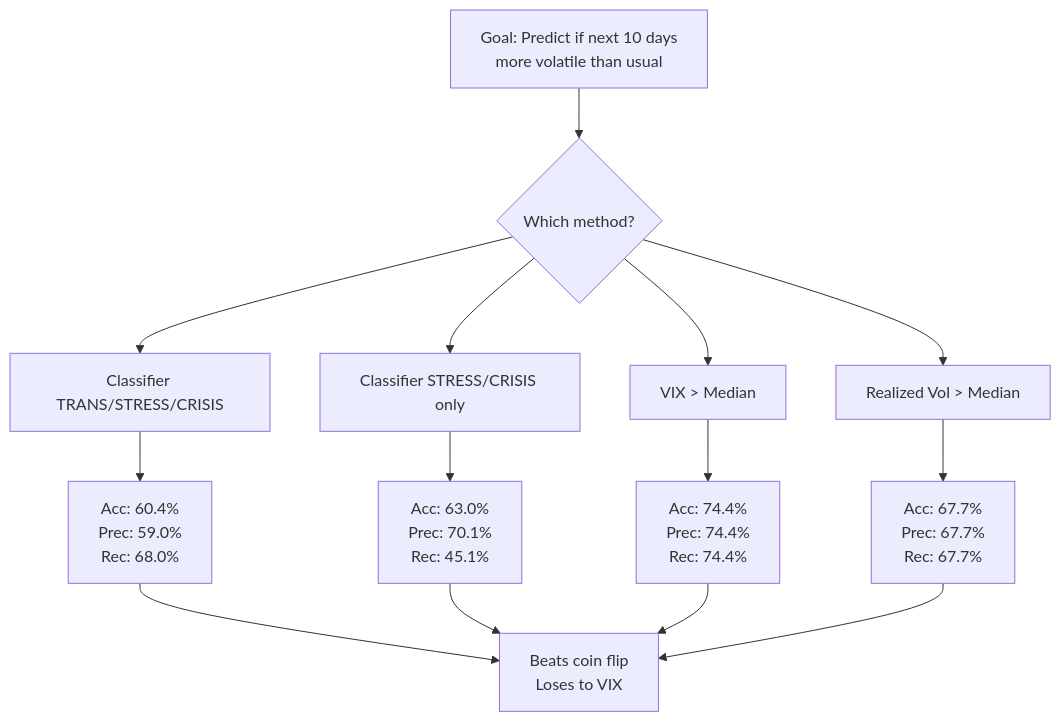
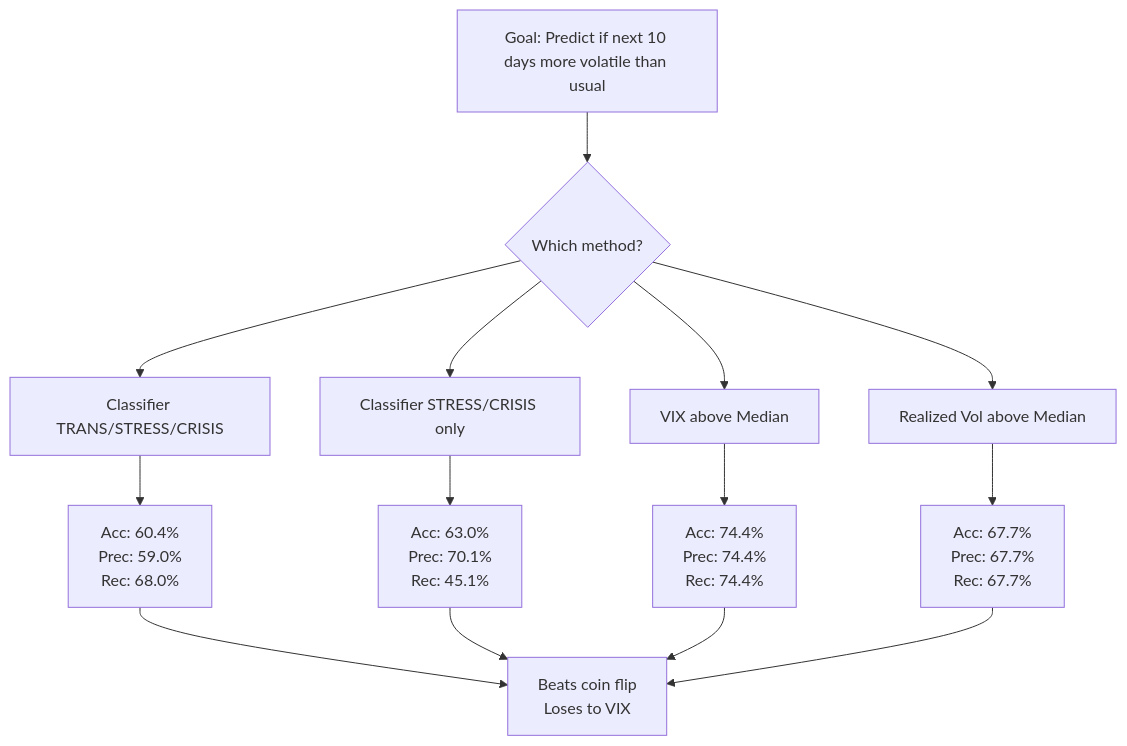
One commit to VarunGore36/regime-classifier changed the third of 20 diagrams in VISUALIZATION.md. Above: the diagram before and after it, drawn with Mermaid. The commit also changed other lines of this file, not shown here.

````diff
--- a/VISUALIZATION.md
+++ b/VISUALIZATION.md
@@ -45,16 +45,16 @@
 ```mermaid
 flowchart TD
-    A[Goal: Predict if next 10 days<br/>more volatile than usual] --> B{Which method?}
+    A[Goal: Predict if next 10 days more volatile than usual] --> B{Which method?}
     B --> C[Classifier TRANS/STRESS/CRISIS]
     B --> D[Classifier STRESS/CRISIS only]
-    B --> E[VIX > Median]
-    B --> F[Realized Vol > Median]
+    B --> E[VIX above Median]
+    B --> F[Realized Vol above Median]
     C --> G[Acc: 60.4%\nPrec: 59.0%\nRec: 68.0%]
     D --> H[Acc: 63.0%\nPrec: 70.1%\nRec: 45.1%]
     E --> I[Acc: 74.4%\nPrec: 74.4%\nRec: 74.4%]
     F --> J[Acc: 67.7%\nPrec: 67.7%\nRec: 67.7%]
     G --> K[Beats coin flip\nLoses to VIX]
     H --> K
     I --> K
     J --> K
 ```
````
